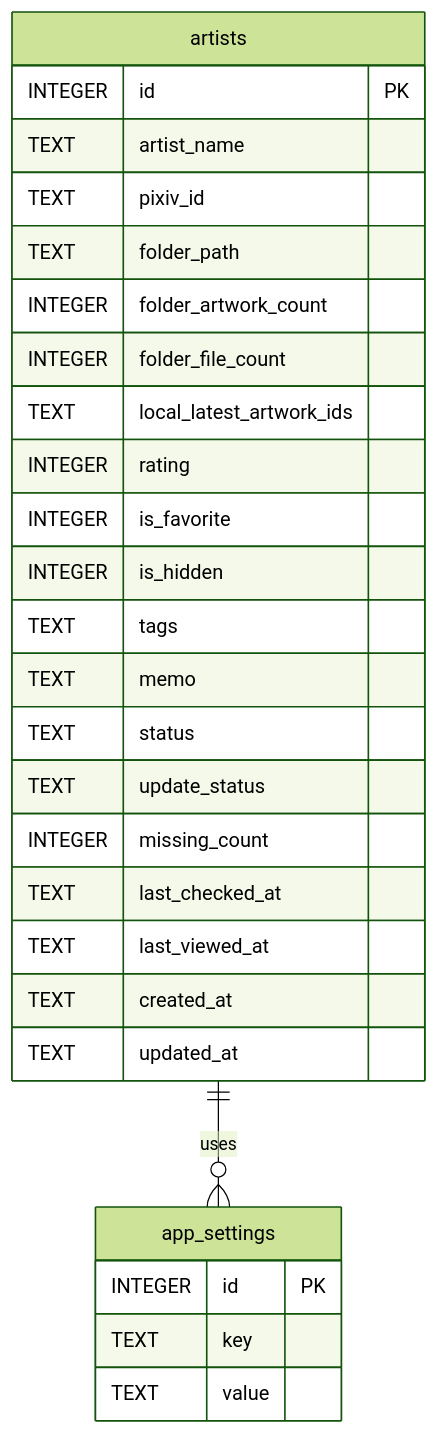
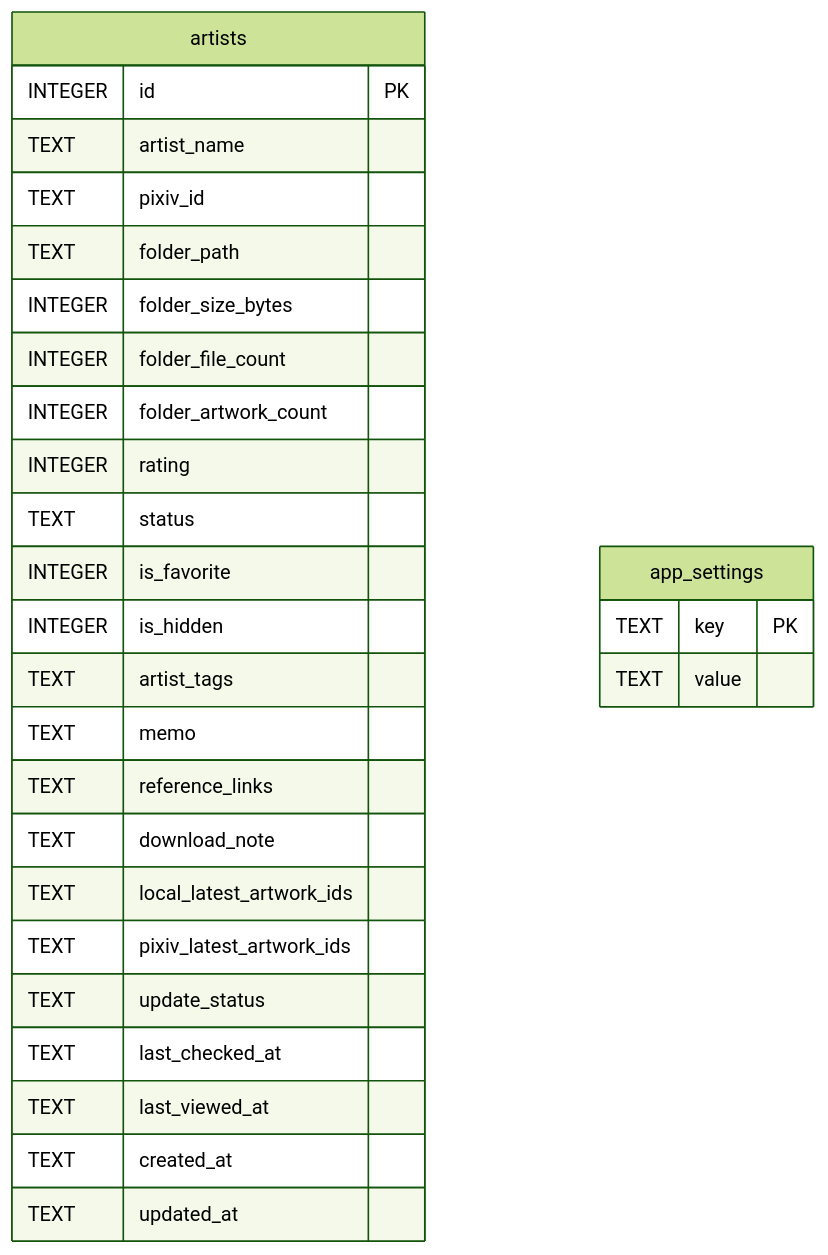
Before and after one commit to PKT0623/PixivLocalManager: the diagram in docs/04_DATABASE.md, drawn with Mermaid (forest theme). The commit also changed other lines of this file and 10 other files, not shown here.

````diff
--- a/docs/04_DATABASE.md
+++ b/docs/04_DATABASE.md
@@ -31,33 +31,33 @@
 ```mermaid
 erDiagram
-
-artists ||--o{ app_settings : uses
 
 artists {
     INTEGER id PK
     TEXT artist_name
     TEXT pixiv_id
     TEXT folder_path
+    INTEGER folder_size_bytes
+    INTEGER folder_file_count
     INTEGER folder_artwork_count
-    INTEGER folder_file_count
-    TEXT local_latest_artwork_ids
     INTEGER rating
+    TEXT status
     INTEGER is_favorite
     INTEGER is_hidden
-    TEXT tags
+    TEXT artist_tags
     TEXT memo
-    TEXT status
+    TEXT reference_links
+    TEXT download_note
+    TEXT local_latest_artwork_ids
+    TEXT pixiv_latest_artwork_ids
     TEXT update_status
-    INTEGER missing_count
     TEXT last_checked_at
     TEXT last_viewed_at
     TEXT created_at
     TEXT updated_at
 }
 
 app_settings {
-    INTEGER id PK
-    TEXT key
+    TEXT key PK
     TEXT value
 }
 ```
````
